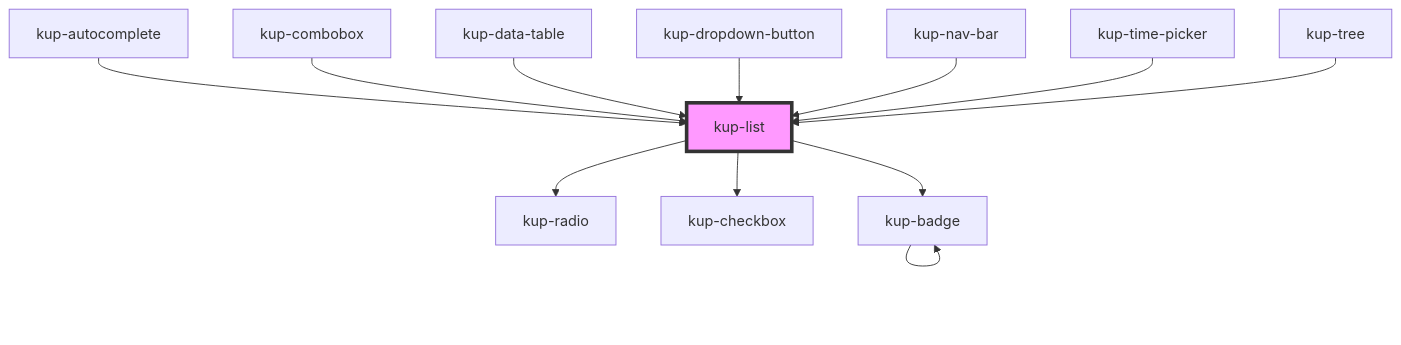
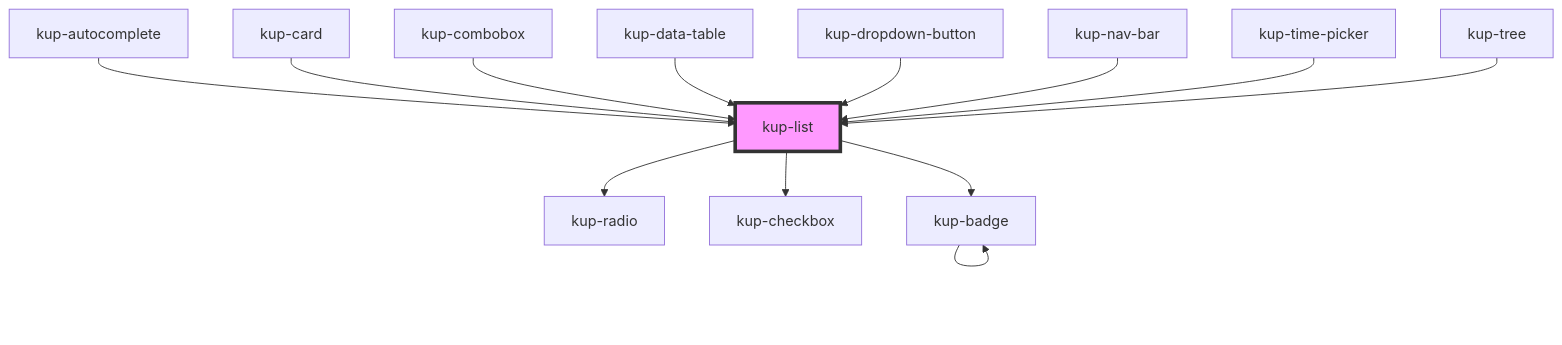
One commit to smeup/ketchup changed the diagram in packages/ketchup/src/components/kup-list/readme.md. Above: the diagram before and after it, drawn with Mermaid. The commit also changed other lines of this file and 13 other files, not shown here.

````diff
--- a/packages/ketchup/src/components/kup-list/readme.md
+++ b/packages/ketchup/src/components/kup-list/readme.md
@@ -88,15 +89,16 @@
 ```mermaid
 graph TD;
   kup-list --> kup-radio
   kup-list --> kup-checkbox
   kup-list --> kup-badge
   kup-badge --> kup-badge
   kup-autocomplete --> kup-list
+  kup-card --> kup-list
   kup-combobox --> kup-list
   kup-data-table --> kup-list
   kup-dropdown-button --> kup-list
   kup-nav-bar --> kup-list
   kup-time-picker --> kup-list
   kup-tree --> kup-list
   style kup-list fill:#f9f,stroke:#333,stroke-width:4px
 ```
````
